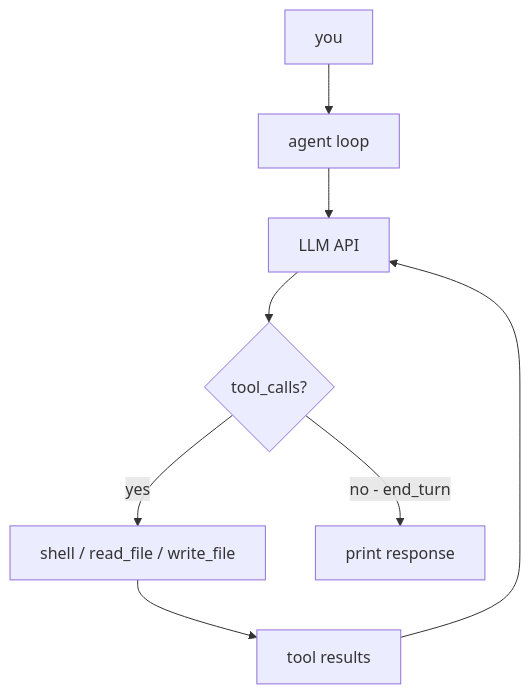
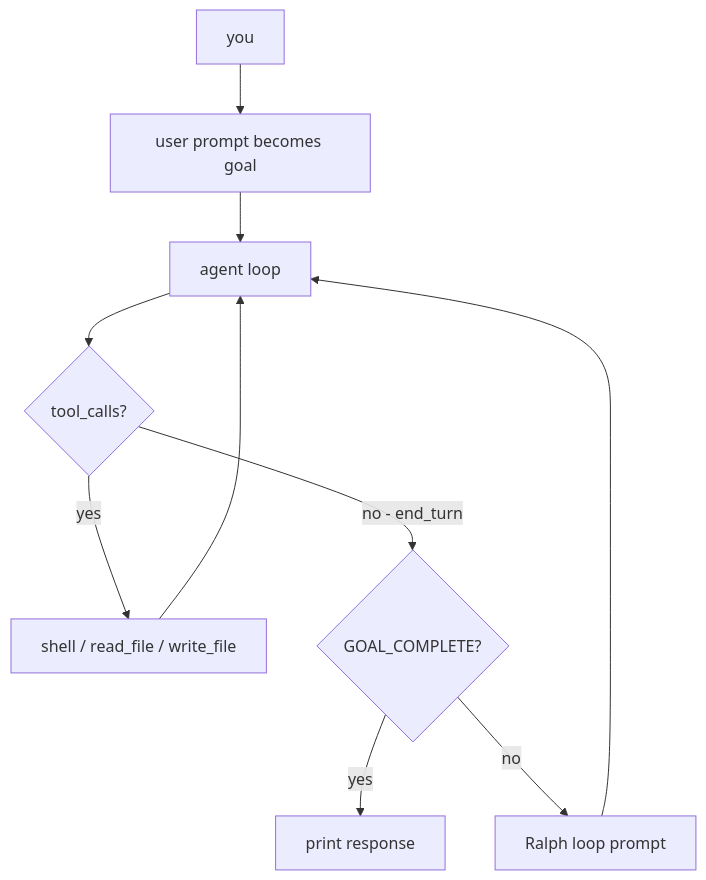
Before and after one commit to Engineering4AI/nano-code: the diagram in README.md, drawn with Mermaid. The commit also changed other lines of this file and 2 other files, not shown here.

Commit message:
add ralph loop for goal mode

````diff
--- a/README.md
+++ b/README.md
@@ -25,10 +25,12 @@
 ```mermaid
 flowchart TD
-    A[you] --> B[agent loop]
-    B --> C[LLM API]
+    A[you] --> B[user prompt becomes goal]
+    B --> C[agent loop]
     C --> D{tool_calls?}
     D -->|yes| E[shell / read_file / write_file]
-    E --> F[tool results]
-    F --> C
-    D -->|no - end_turn| G[print response]
+    E --> C
+    D -->|no - end_turn| F{GOAL_COMPLETE?}
+    F -->|yes| G[print response]
+    F -->|no| H[Ralph loop prompt]
+    H --> C
 ```
````
